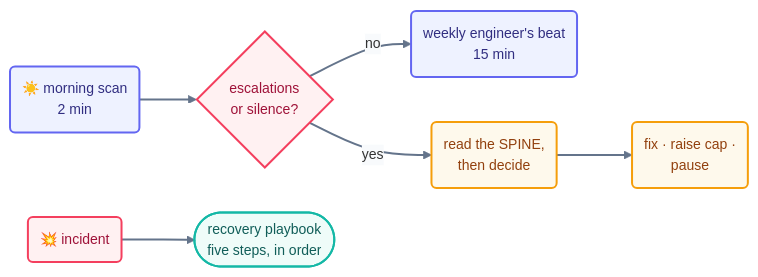
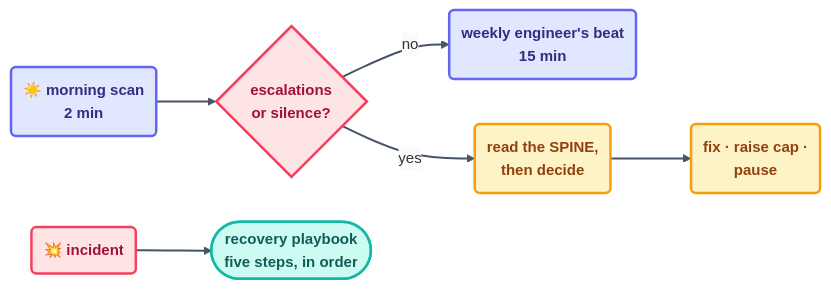
Before and after one commit to ayeshakhalid192007-dev/LoopEngineering-CrashCourse: the diagram in docs/10-operating/operating-loops.md, drawn with Mermaid. The commit also changed 66 other files, not shown here.

First line of the commit message:
docs(diagrams): visibly bolder pass — deeper fills, heavier strokes, semibold labels

````diff
--- a/docs/10-operating/operating-loops.md
+++ b/docs/10-operating/operating-loops.md
@@ -37,15 +37,15 @@
 ```mermaid
-%%{init: {'theme':'base','themeVariables':{'fontFamily':'ui-sans-serif, system-ui, sans-serif','fontSize':'14px','lineColor':'#64748b','edgeLabelBackground':'#f8fafc'},'flowchart':{'curve':'basis','nodeSpacing':45,'rankSpacing':55,'padding':12}}}%%
+%%{init: {'theme':'base','themeVariables':{'fontFamily':'ui-sans-serif, system-ui, sans-serif','fontSize':'15px','lineColor':'#475569','edgeLabelBackground':'#f8fafc'},'flowchart':{'curve':'basis','nodeSpacing':45,'rankSpacing':55,'padding':12}}}%%
 flowchart LR
     M("☀️ morning scan<br/>2 min"):::step --> E{"escalations<br/>or silence?"}:::limit
     E -->|no| W("weekly engineer's beat<br/>15 min"):::step
     E -->|yes| R("read the SPINE,<br/>then decide"):::warn
     R --> D("fix · raise cap ·<br/>pause"):::human
     INC("💥 incident"):::limit --> PB(["recovery playbook<br/>five steps, in order"]):::win
-    linkStyle default stroke:#64748b,stroke-width:2px;
-    classDef step fill:#eef2ff,stroke:#6366f1,stroke-width:2px,color:#312e81;
-    classDef limit fill:#fff1f2,stroke:#f43f5e,stroke-width:2px,color:#9f1239;
-    classDef warn fill:#fef9ec,stroke:#f59e0b,stroke-width:2px,color:#92400e;
-    classDef human fill:#fef9ec,stroke:#f59e0b,stroke-width:2px,color:#92400e;
-    classDef win fill:#effcf9,stroke:#14b8a6,stroke-width:2px,color:#115e59;
+    linkStyle default stroke:#475569,stroke-width:2px;
+    classDef step fill:#e0e7ff,stroke:#6366f1,stroke-width:2.5px,color:#312e81,font-weight:600;
+    classDef limit fill:#ffe4e6,stroke:#f43f5e,stroke-width:2.5px,color:#9f1239,font-weight:600;
+    classDef warn fill:#fef3c7,stroke:#f59e0b,stroke-width:2.5px,color:#92400e,font-weight:600;
+    classDef human fill:#fef3c7,stroke:#f59e0b,stroke-width:2.5px,color:#92400e,font-weight:600;
+    classDef win fill:#ccfbf1,stroke:#14b8a6,stroke-width:2.5px,color:#115e59,font-weight:600;
 ```
````
